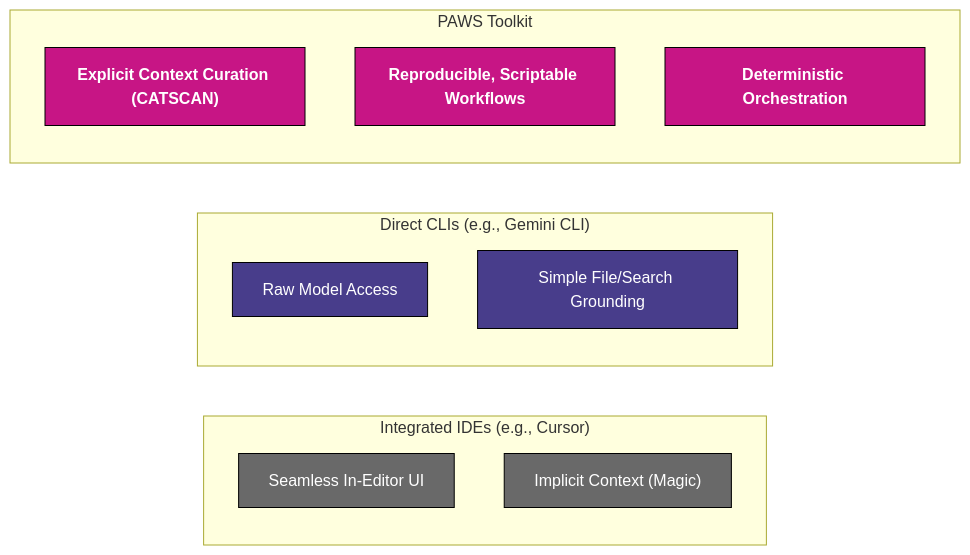
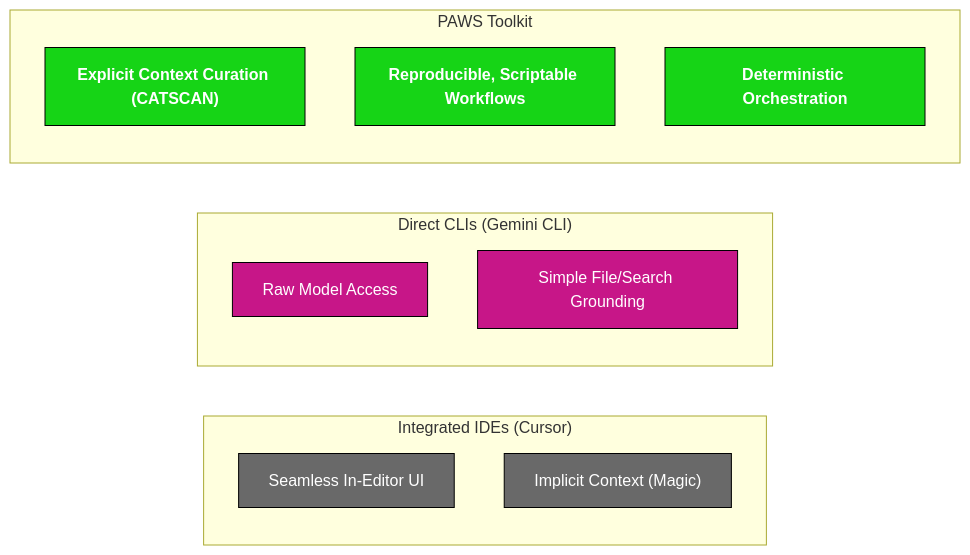
Before and after one commit to clocksmith/paws: the first of 3 diagrams in README.md, drawn with Mermaid.

````diff
--- a/README.md
+++ b/README.md
@@ -13,23 +13,23 @@
 ```mermaid
 graph LR
-    subgraph "Integrated IDEs (e.g., Cursor)"
+    subgraph "Integrated IDEs (Cursor)"
         A1["Seamless In-Editor UI"]
         A2["Implicit Context (Magic)"]
     end
-    subgraph "Direct CLIs (e.g., Gemini CLI)"
+    subgraph "Direct CLIs (Gemini CLI)"
         B1["Raw Model Access"]
         B2["Simple File/Search Grounding"]
     end
     subgraph "PAWS Toolkit"
         C1["<b>Explicit Context Curation (CATSCAN)</b>"]
         C2["<b>Reproducible, Scriptable Workflows</b>"]
         C3["<b>Deterministic Orchestration</b>"]
     end
 
-    classDef paws fill:#C71585,stroke:#000,color:#fff;
+    classDef paws fill:#16D416,stroke:#000,color:#fff;
     classDef ide fill:#696969,stroke:#000,color:#fff;
-    classDef cli fill:#483D8B,stroke:#000,color:#fff;
+    classDef cli fill:#C71688,stroke:#000,color:#fff;
     class A1,A2 ide;
     class B1,B2 cli;
     class C1,C2,C3 paws;
 ```
````
